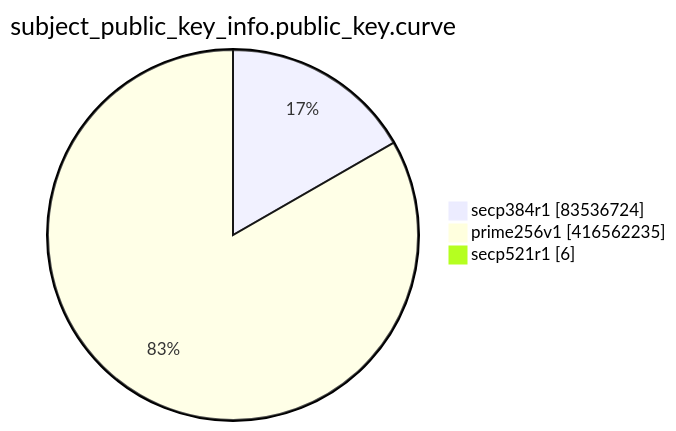
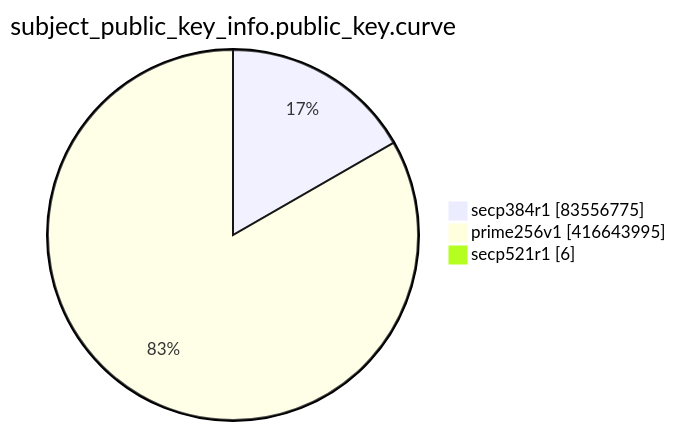
The eighth of 15 diagrams in TOTAL/README.md (christiankrug/ctmonitor_visualization), drawn with Mermaid before and after one commit. The commit also changed other lines of this file, not shown here.

````diff
--- a/TOTAL/README.md
+++ b/TOTAL/README.md
@@ -3098,7 +3098,7 @@
 ```mermaid
 pie showData
 title subject_public_key_info.public_key.curve
-"secp384r1" :83536724
-"prime256v1" :416562235
+"secp384r1" :83556775
+"prime256v1" :416643995
 "secp521r1" :6
 ```
````
